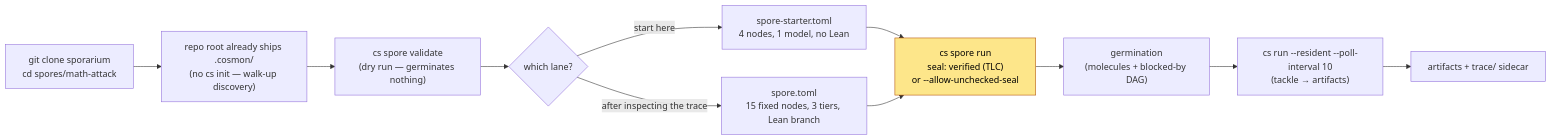
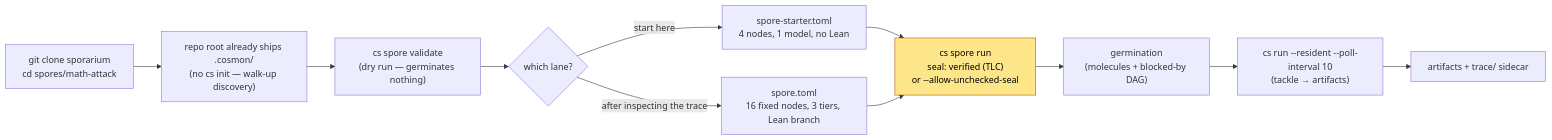
Before and after one commit to noogram/sporarium: the first of 3 diagrams in spores/math-attack/README.md, drawn with Mermaid. The commit also changed other lines of this file and 4 other files, not shown here.

````diff
--- a/spores/math-attack/README.md
+++ b/spores/math-attack/README.md
@@ -79,16 +94,16 @@
 ```mermaid
 flowchart LR
     clone["git clone sporarium<br/>cd spores/math-attack"] --> init["repo root already ships .cosmon/<br/>(no cs init — walk-up discovery)"]
     init --> validate["cs spore validate<br/>(dry run — germinates nothing)"]
     validate --> lane{"which lane?"}
     lane -->|"start here"| starter["spore-starter.toml<br/>4 nodes, 1 model, no Lean"]
-    lane -->|"after inspecting the trace"| full["spore.toml<br/>15 fixed nodes, 3 tiers, Lean branch"]
+    lane -->|"after inspecting the trace"| full["spore.toml<br/>16 fixed nodes, 3 tiers, Lean branch"]
     starter --> run["cs spore run<br/>seal: verified (TLC)<br/>or --allow-unchecked-seal"]
     full --> run
     run --> germ["germination<br/>(molecules + blocked-by DAG)"]
     germ --> drive["cs run --resident --poll-interval 10<br/>(tackle → artifacts)"]
     drive --> artifacts["artifacts + trace/ sidecar"]
 
     classDef gate fill:#fde68a,stroke:#b45309,color:#000;
     class run gate
 ```
````
